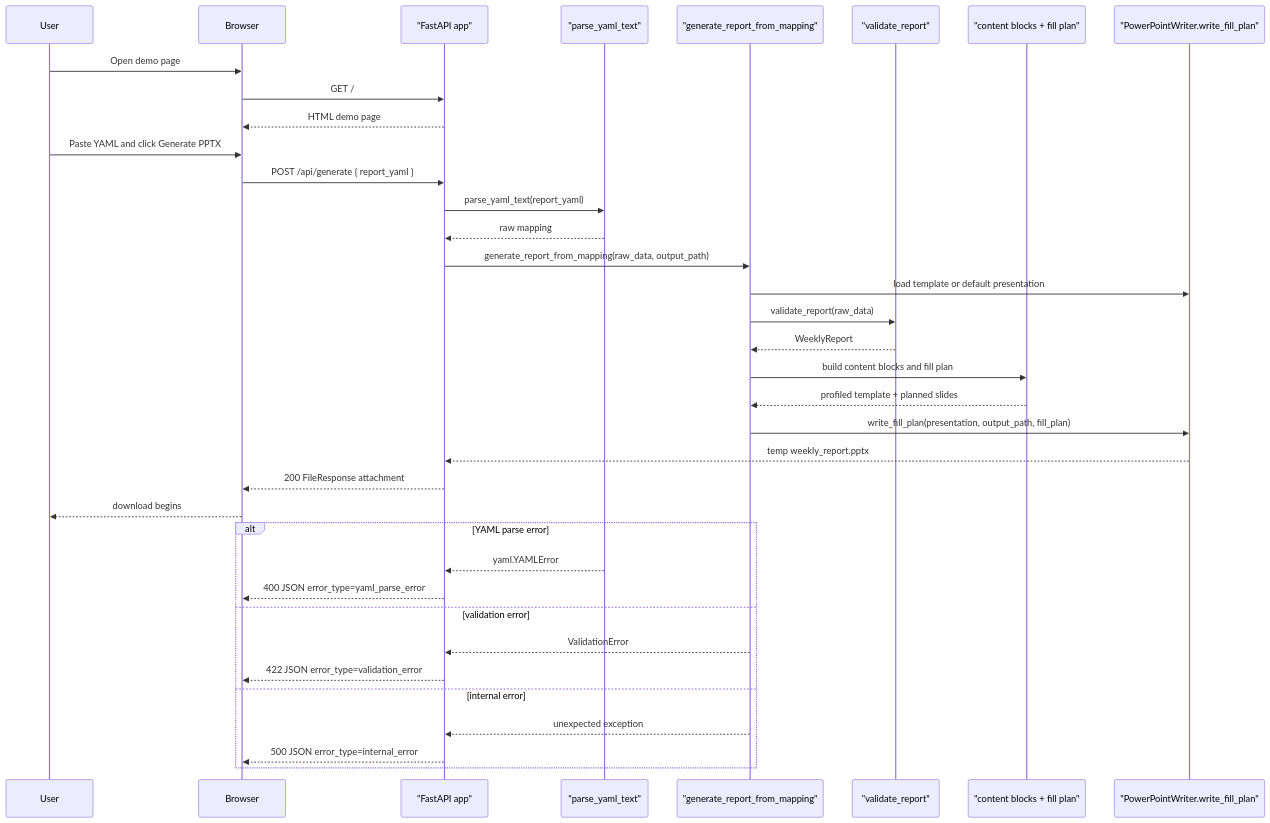
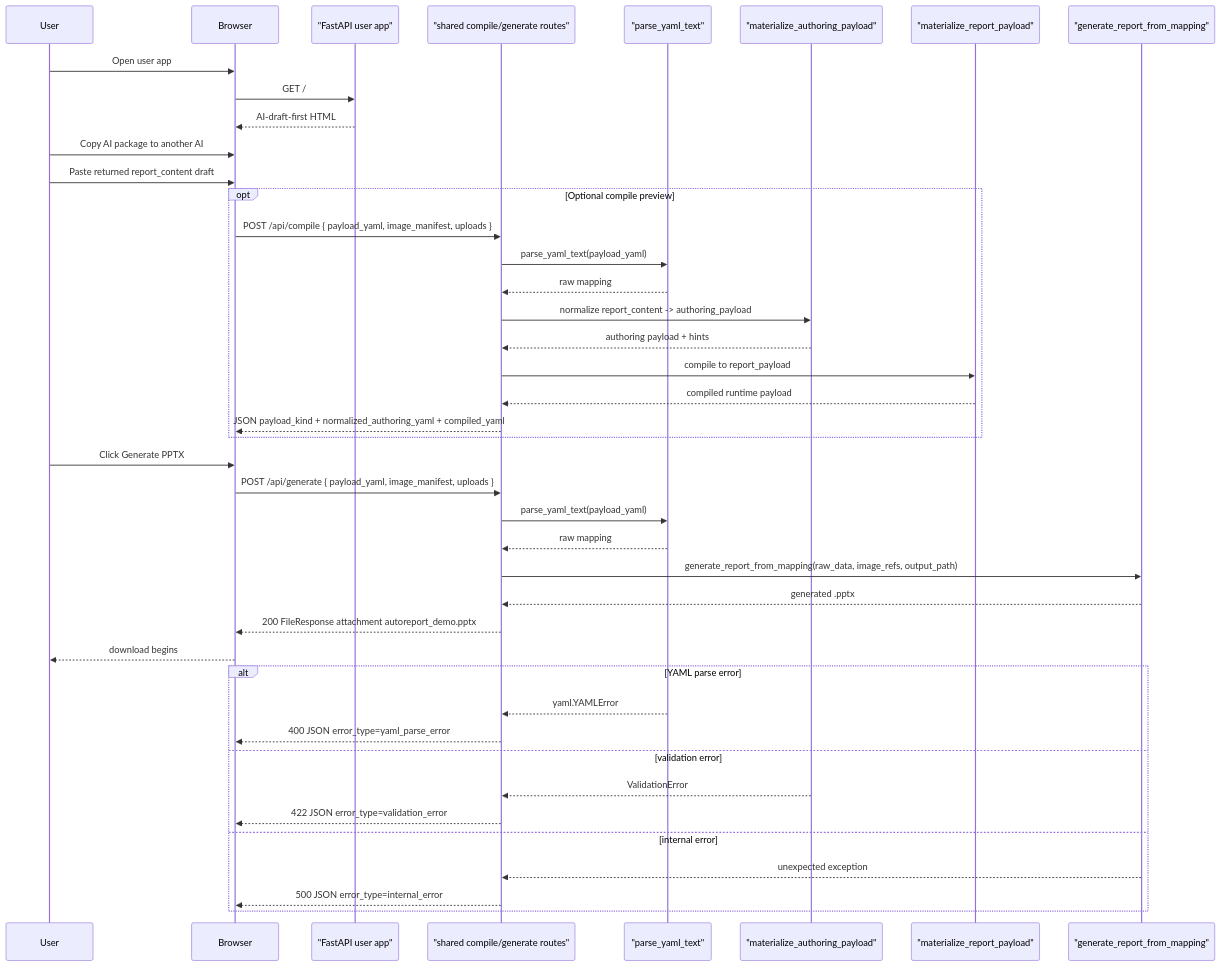
One commit to tubtrb/autoreport changed the diagram in docs/architecture/web-demo-sequence.md. Above: the diagram before and after it, drawn with Mermaid. The commit also changed other lines of this file and 19 other files, not shown here.

````diff
--- a/docs/architecture/web-demo-sequence.md
+++ b/docs/architecture/web-demo-sequence.md
@@ -6,41 +7,49 @@
 ```mermaid
 sequenceDiagram
     participant User
     participant Browser
-    participant API as "FastAPI app"
+    participant App as "FastAPI user app"
+    participant API as "shared compile/generate routes"
     participant Loader as "parse_yaml_text"
+    participant Normalize as "materialize_authoring_payload"
+    participant Compile as "materialize_report_payload"
     participant Generator as "generate_report_from_mapping"
-    participant Validator as "validate_report"
-    participant Template as "content blocks + fill plan"
-    participant Writer as "PowerPointWriter.write_fill_plan"
 
-    User->>Browser: Open demo page
-    Browser->>API: GET /
-    API-->>Browser: HTML demo page
+    User->>Browser: Open user app
+    Browser->>App: GET /
+    App-->>Browser: AI-draft-first HTML
 
-    User->>Browser: Paste YAML and click Generate PPTX
-    Browser->>API: POST /api/generate { report_yaml }
-    API->>Loader: parse_yaml_text(report_yaml)
+    User->>Browser: Copy AI package to another AI
+    User->>Browser: Paste returned report_content draft
+
+    opt Optional compile preview
+        Browser->>API: POST /api/compile { payload_yaml, image_manifest, uploads }
+        API->>Loader: parse_yaml_text(payload_yaml)
+        Loader-->>API: raw mapping
+        API->>Normalize: normalize report_content -> authoring_payload
+        Normalize-->>API: authoring payload + hints
+        API->>Compile: compile to report_payload
+        Compile-->>API: compiled runtime payload
+        API-->>Browser: JSON payload_kind + normalized_authoring_yaml + compiled_yaml
+    end
+
+    User->>Browser: Click Generate PPTX
+    Browser->>API: POST /api/generate { payload_yaml, image_manifest, uploads }
+    API->>Loader: parse_yaml_text(payload_yaml)
     Loader-->>API: raw mapping
-    API->>Generator: generate_report_from_mapping(raw_data, output_path)
-    Generator->>Writer: load template or default presentation
-    Generator->>Validator: validate_report(raw_data)
-    Validator-->>Generator: WeeklyReport
-    Generator->>Template: build content blocks and fill plan
-    Template-->>Generator: profiled template + planned slides
-    Generator->>Writer: write_fill_plan(presentation, output_path, fill_plan)
-    Writer-->>API: temp weekly_report.pptx
-    API-->>Browser: 200 FileResponse attachment
+    API->>Generator: generate_report_from_mapping(raw_data, image_refs, output_path)
+    Generator-->>API: generated .pptx
+    API-->>Browser: 200 FileResponse attachment autoreport_demo.pptx
     Browser-->>User: download begins
 
     alt YAML parse error
         Loader-->>API: yaml.YAMLError
         API-->>Browser: 400 JSON error_type=yaml_parse_error
     else validation error
-        Generator-->>API: ValidationError
+        Normalize-->>API: ValidationError
         API-->>Browser: 422 JSON error_type=validation_error
     else internal error
         Generator-->>API: unexpected exception
         API-->>Browser: 500 JSON error_type=internal_error
     end
 ```
````
